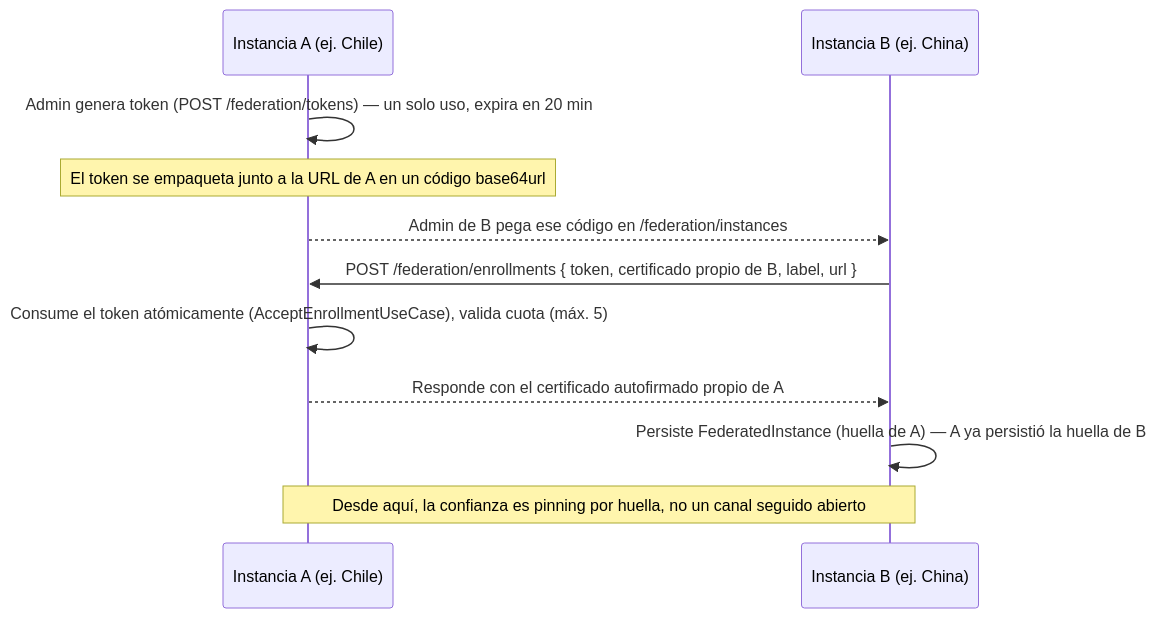
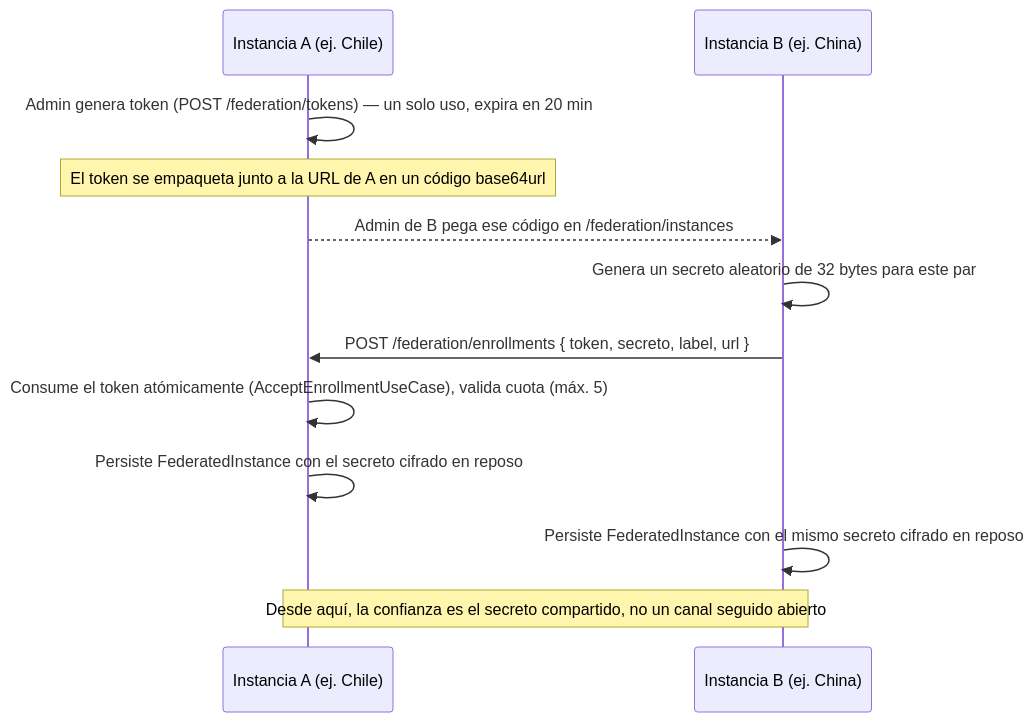
Before and after one commit to athomo001/azkin: the fourth of 5 diagrams in docs/ARCHITECTURE.md, drawn with Mermaid. The commit also changed other lines of this file and 56 other files, not shown here.

````diff
--- a/docs/ARCHITECTURE.md
+++ b/docs/ARCHITECTURE.md
@@ -426,14 +431,15 @@
 ```mermaid
 sequenceDiagram
     participant A as Instancia A (ej. Chile)
     participant B as Instancia B (ej. China)
 
     A->>A: Admin genera token (POST /federation/tokens) — un solo uso, expira en 20 min
     Note over A: El token se empaqueta junto a la URL de A en un código base64url
     A-->>B: Admin de B pega ese código en /federation/instances
-    B->>A: POST /federation/enrollments { token, certificado propio de B, label, url }
+    B->>B: Genera un secreto aleatorio de 32 bytes para este par
+    B->>A: POST /federation/enrollments { token, secreto, label, url }
     A->>A: Consume el token atómicamente (AcceptEnrollmentUseCase), valida cuota (máx. 5)
-    A-->>B: Responde con el certificado autofirmado propio de A
-    B->>B: Persiste FederatedInstance (huella de A) — A ya persistió la huella de B
-    Note over A,B: Desde aquí, la confianza es pinning por huella, no un canal seguido abierto
+    A->>A: Persiste FederatedInstance con el secreto cifrado en reposo
+    B->>B: Persiste FederatedInstance con el mismo secreto cifrado en reposo
+    Note over A,B: Desde aquí, la confianza es el secreto compartido, no un canal seguido abierto
 ```
````
